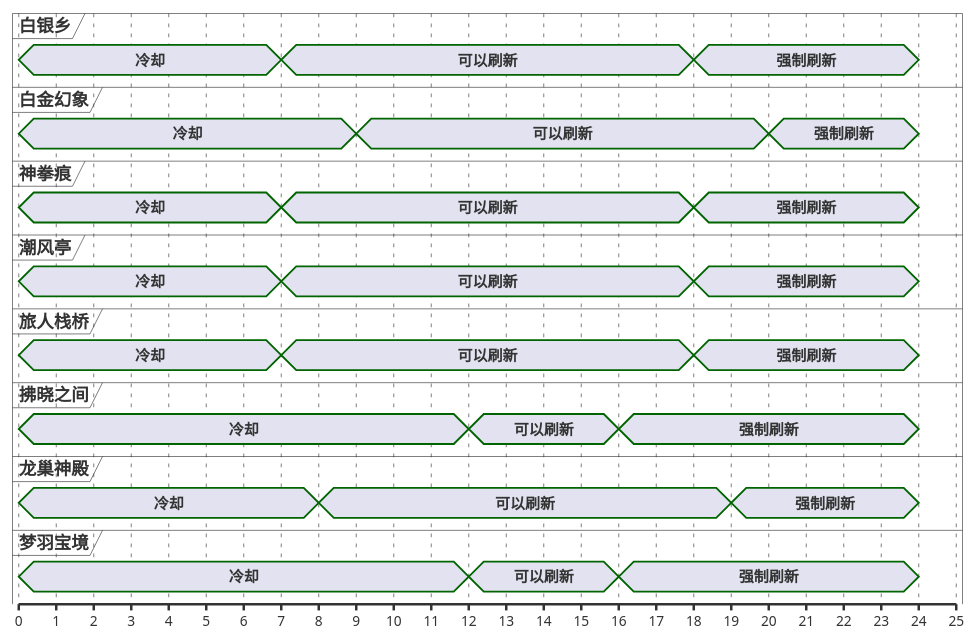
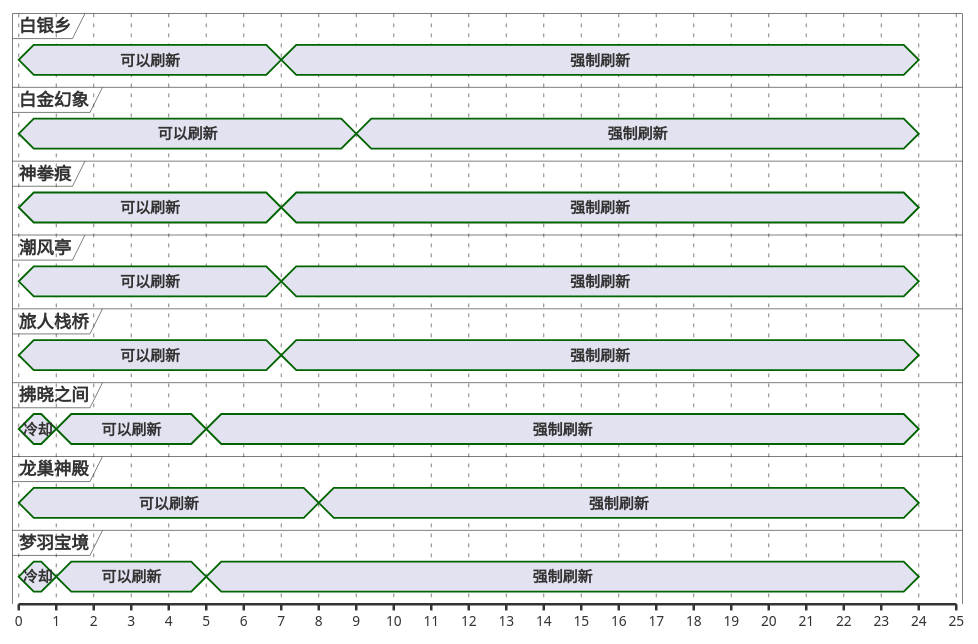
Before and after one commit to Eroleice/doc-pi: the second of 13 diagrams in ffxiv/hunt/2.0/Zona-Seeker.md, drawn with PlantUML. The commit also changed other lines of this file and 38 other files, not shown here.

````diff
--- a/ffxiv/hunt/2.0/Zona-Seeker.md
+++ b/ffxiv/hunt/2.0/Zona-Seeker.md
@@ -99,63 +90,57 @@
 ```plantuml
 @startuml
 scale 1 as 30 pixels
 
 concise 白银乡
 concise 白金幻象
 concise 神拳痕
 concise 潮风亭
 concise 旅人栈桥
 concise 拂晓之间
 concise 龙巢神殿
 concise 梦羽宝境
 
 @拂晓之间
 0 is 冷却
-12 is 可以刷新
-16 is 强制刷新
+1 is 可以刷新
+5 is 强制刷新
 24 is {hidden}
 
 @梦羽宝境
 0 is 冷却
-12 is 可以刷新
-16 is 强制刷新
+1 is 可以刷新
+5 is 强制刷新
 24 is {hidden}
 
 @旅人栈桥
-0 is 冷却
-7 is 可以刷新
-18 is 强制刷新
+0 is 可以刷新
+7 is 强制刷新
 24 is {hidden}
 
 @神拳痕
-0 is 冷却
-7 is 可以刷新
-18 is 强制刷新
+0 is 可以刷新
+7 is 强制刷新
 24 is {hidden}
 
 @潮风亭
-0 is 冷却
-7 is 可以刷新
-18 is 强制刷新
+0 is 可以刷新
+7 is 强制刷新
 24 is {hidden}
 
 @白银乡
-0 is 冷却
-7 is 可以刷新
-18 is 强制刷新
+0 is 可以刷新
+7 is 强制刷新
 24 is {hidden}
 
 @龙巢神殿
-0 is 冷却
-8 is 可以刷新
-19 is 强制刷新
+0 is 可以刷新
+8 is 强制刷新
 24 is {hidden}
 
 @白金幻象
-0 is 冷却
-9 is 可以刷新
-20 is 强制刷新
+0 is 可以刷新
+9 is 强制刷新
 24 is {hidden}
 
 @enduml
 ```
````
